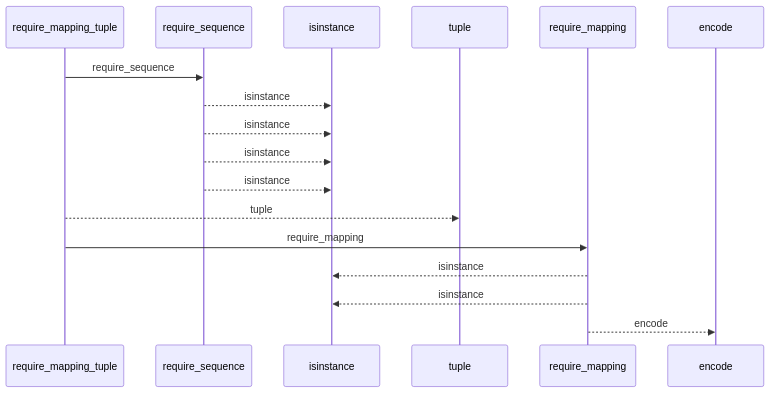
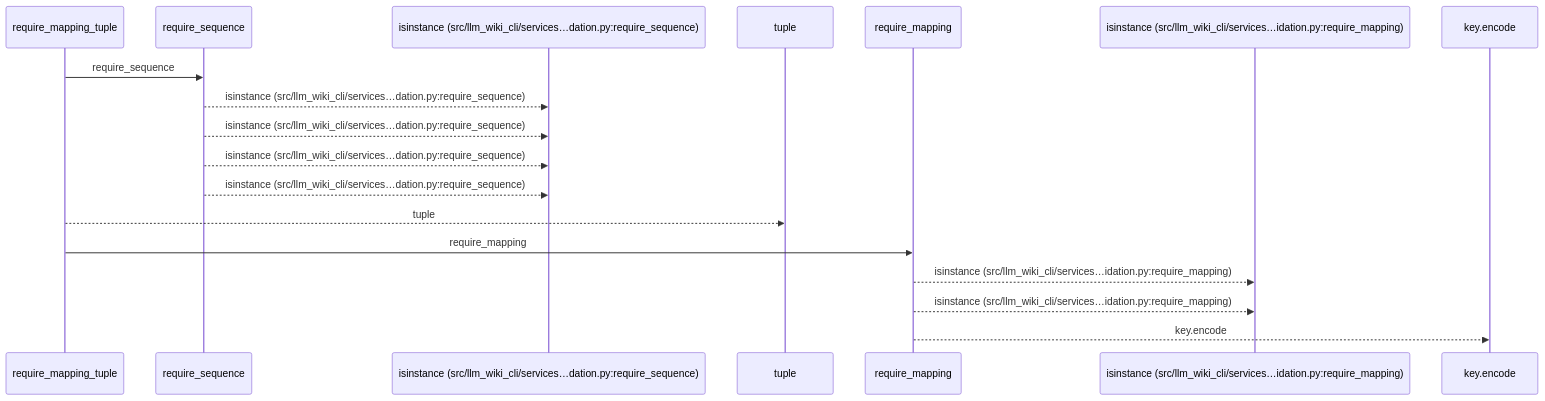
One commit to Denissvgn/python-wiki-llm changed the first of 2 diagrams in docs/llm_wiki/flows/api-require_mapping_tuple.md. Above: the diagram before and after it, drawn with Mermaid. The commit also changed other lines of this file and 719 other files, not shown here.

````diff
--- a/docs/llm_wiki/flows/api-require_mapping_tuple.md
+++ b/docs/llm_wiki/flows/api-require_mapping_tuple.md
@@ -10,19 +10,20 @@
 ```mermaid
 sequenceDiagram
     participant p0 as require_mapping_tuple
     participant p1 as require_sequence
-    participant p2 as isinstance
+    participant p2 as isinstance (src/llm_wiki_cli/services…dation.py:require_sequence)
     participant p3 as tuple
     participant p4 as require_mapping
-    participant p5 as encode
+    participant p5 as isinstance (src/llm_wiki_cli/services…idation.py:require_mapping)
+    participant p6 as key.encode
     p0->>p1: require_sequence
-    p1-->>p2: isinstance
-    p1-->>p2: isinstance
-    p1-->>p2: isinstance
-    p1-->>p2: isinstance
+    p1-->>p2: isinstance (src/llm_wiki_cli/services…dation.py:require_sequence)
+    p1-->>p2: isinstance (src/llm_wiki_cli/services…dation.py:require_sequence)
+    p1-->>p2: isinstance (src/llm_wiki_cli/services…dation.py:require_sequence)
+    p1-->>p2: isinstance (src/llm_wiki_cli/services…dation.py:require_sequence)
     p0-->>p3: tuple
     p0->>p4: require_mapping
-    p4-->>p2: isinstance
-    p4-->>p2: isinstance
-    p4-->>p5: encode
+    p4-->>p5: isinstance (src/llm_wiki_cli/services…idation.py:require_mapping)
+    p4-->>p5: isinstance (src/llm_wiki_cli/services…idation.py:require_mapping)
+    p4-->>p6: key.encode
 ```
````
